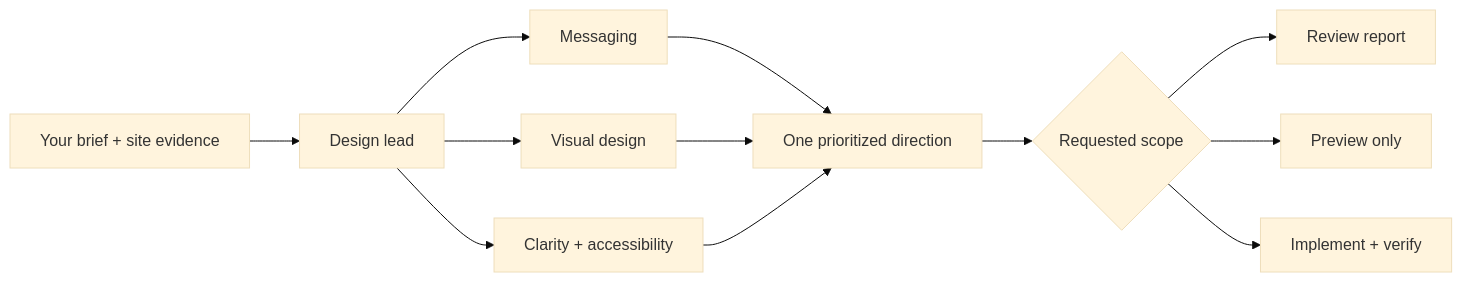
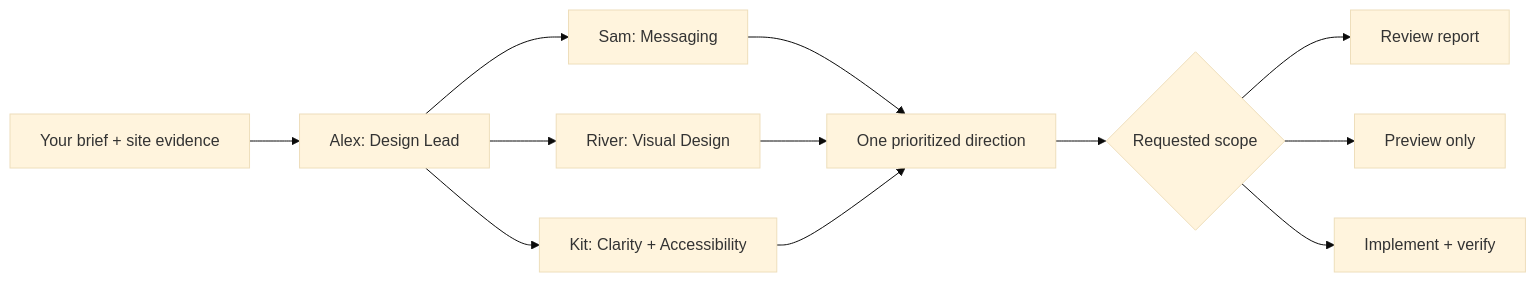
One commit to mrcoinzzz/ai-web-design-team changed the diagram in README.md. Above: the diagram before and after it, drawn with Mermaid (base theme). The commit also changed other lines of this file and 9 other files, not shown here.

Commit message:
Introduce Alex, Sam, River, and Kit with a first-session guide

````diff
--- a/README.md
+++ b/README.md
@@ -83,14 +91,14 @@
 ```mermaid
 flowchart LR
-    A[Your brief + site evidence] --> B[Design lead]
-    B --> C[Messaging]
-    B --> D[Visual design]
-    B --> E[Clarity + accessibility]
+    A[Your brief + site evidence] --> B[Alex: Design Lead]
+    B --> C[Sam: Messaging]
+    B --> D[River: Visual Design]
+    B --> E[Kit: Clarity + Accessibility]
     C --> F[One prioritized direction]
     D --> F
     E --> F
     F --> G{Requested scope}
     G --> H[Review report]
     G --> I[Preview only]
     G --> J[Implement + verify]
 ```
````
